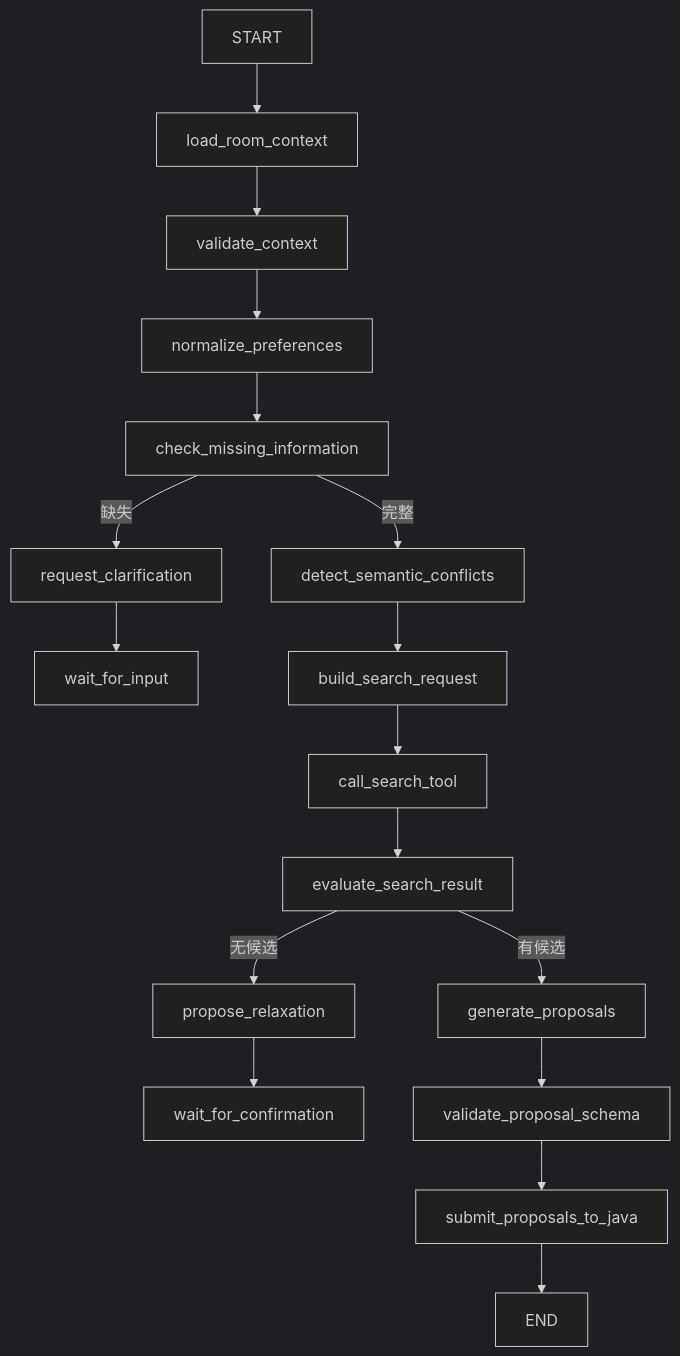
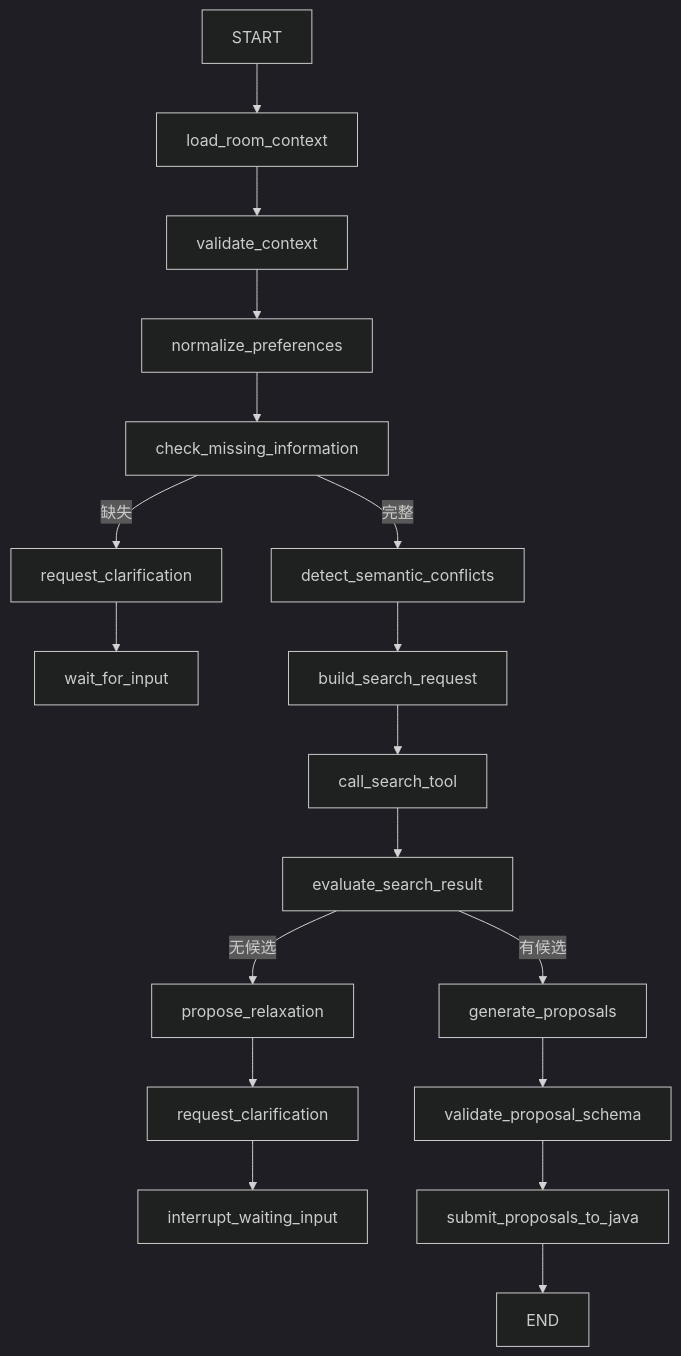
The third of 5 diagrams in doc/03_MeetMate_Python_Agent技术架构设计.md (fffflllll/yun-dp), drawn with Mermaid (dark theme) before and after one commit. The commit also changed other lines of this file and 3 other files, not shown here.

````diff
--- a/doc/03_MeetMate_Python_Agent技术架构设计.md
+++ b/doc/03_MeetMate_Python_Agent技术架构设计.md
@@ -269,19 +270,20 @@
 ```mermaid
 flowchart TD
     A[START] --> B[load_room_context]
     B --> C[validate_context]
     C --> D[normalize_preferences]
     D --> E[check_missing_information]
     E -->|缺失| F[request_clarification]
     F --> F2[wait_for_input]
     E -->|完整| G[detect_semantic_conflicts]
     G --> H[build_search_request]
     H --> I[call_search_tool]
     I --> J[evaluate_search_result]
     J -->|无候选| K[propose_relaxation]
-    K --> L[wait_for_confirmation]
+    K --> K2[request_clarification]
+    K2 --> K3[interrupt_waiting_input]
     J -->|有候选| M[generate_proposals]
     M --> N[validate_proposal_schema]
     N --> O[submit_proposals_to_java]
     O --> P[END]
 ```
````
